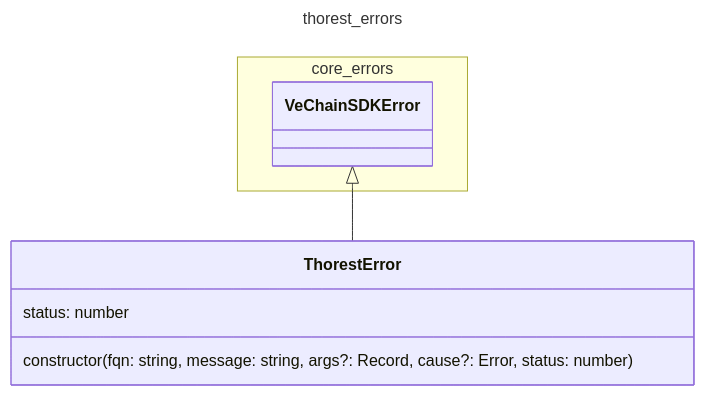
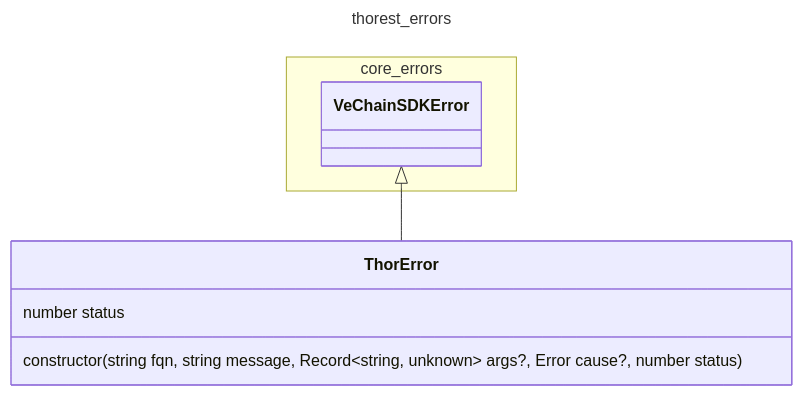
Before and after one commit to vechain/vechain-sdk-js: the diagram in docs/thorest/errors/errors.mmd, drawn with Mermaid. The commit also changed 28 other files, not shown here.

```diff
--- a/docs/thorest/errors/errors.mmd
+++ b/docs/thorest/errors/errors.mmd
@@ -1,13 +1,13 @@
 ---
 title: thorest_errors
 ---
 classDiagram
     namespace core_errors {
         class VeChainSDKError {
         }
     }
-    class ThorestError {
-        status: number
-        constructor(fqn: string, message: string, args?: Record<string, unknown>, cause?: Error, status: number)
+    class ThorError {
+        number status
+        constructor(string fqn, string message, Record~string, unknown~ args?, Error cause?, number status)
     }
-    VeChainSDKError <|-- ThorestError
+    VeChainSDKError <|-- ThorError
```
